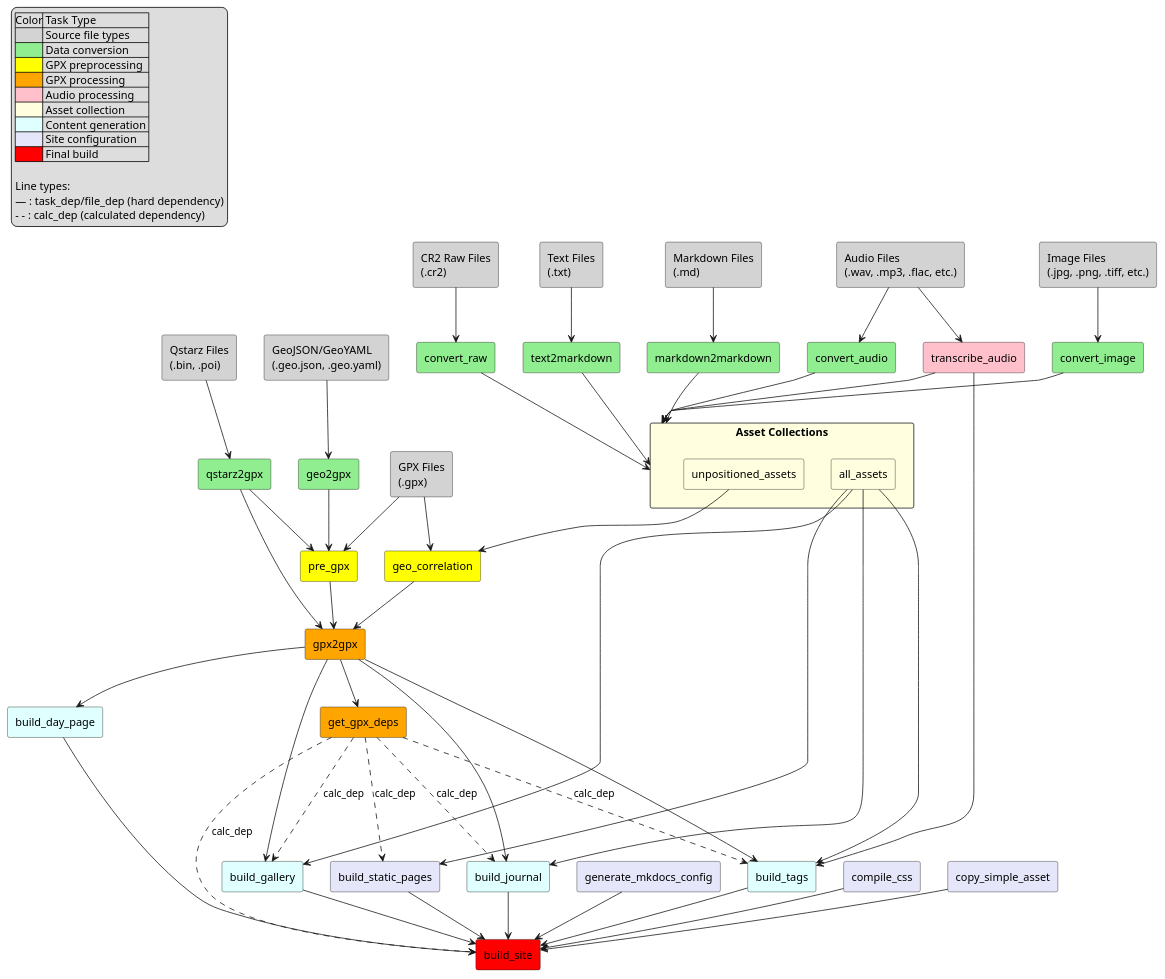
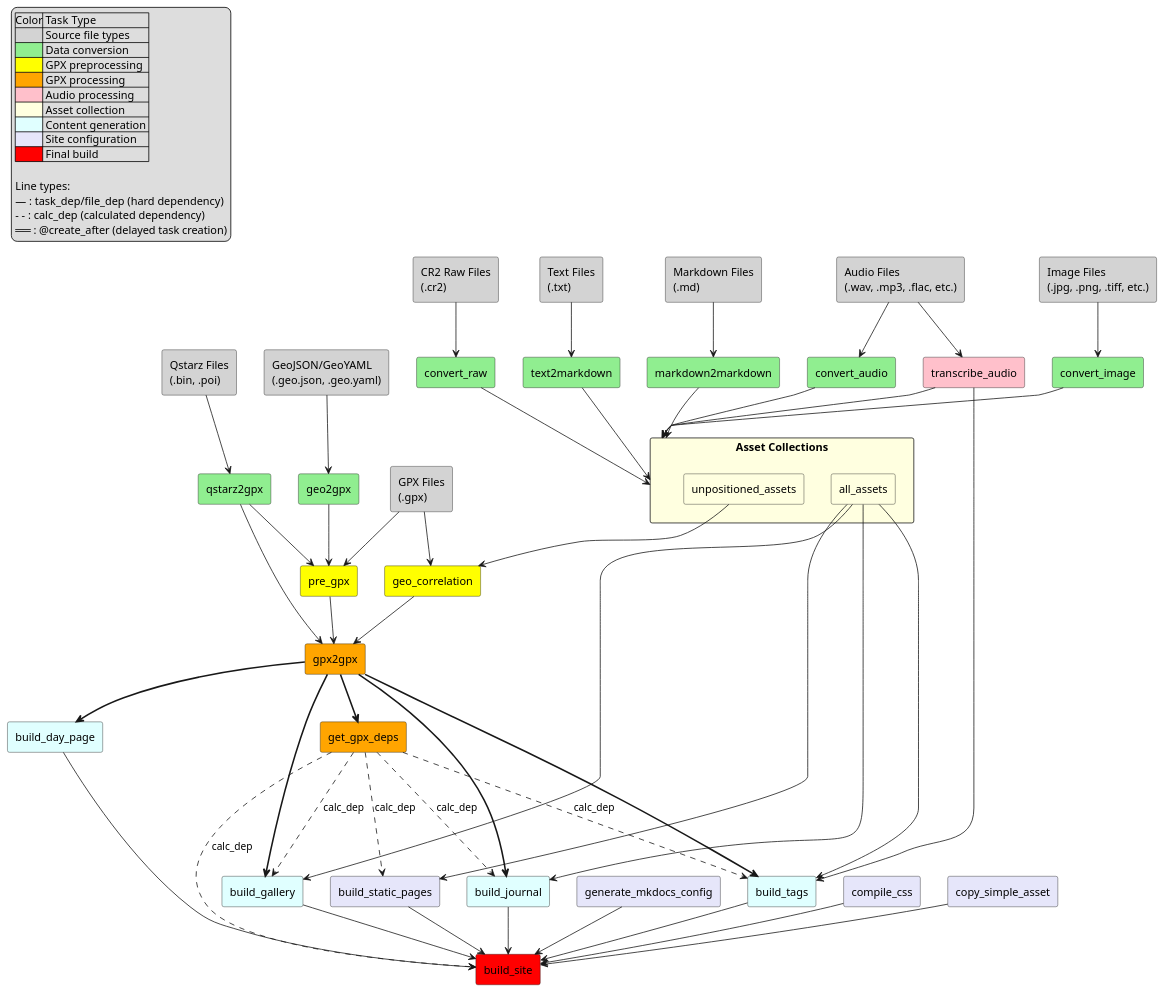
Before and after one commit to bytehexe/mkmapdiary: the diagram in docs/reference/task-dependencies.puml, drawn with PlantUML.

Commit message:
docs: update task dependency instructions
 include @create_after notation

```diff
--- a/docs/reference/task-dependencies.puml
+++ b/docs/reference/task-dependencies.puml
@@ -1,183 +1,186 @@
 @startuml task-dependencies
 
 ' INSTRUCTIONS FOR EDITING THIS DIAGRAM:
 ' 
 ' This PlantUML diagram shows the dependency graph of build tasks in mkmapdiary.
 ' When adding or modifying tasks, follow these guidelines:
 '
 ' 1. TASK NAMING:
 '    - Remove the 'task_' prefix from function names (e.g., task_build_site → build_site)
 '    - Use descriptive rectangle names with appropriate aliases
 '
 ' 2. DEPENDENCY TYPES:
 '    - Use --> for task_dep (hard dependencies) and file_dep (file dependencies)
 '    - Use -.-> for calc_dep (calculated dependencies at runtime)
-'    - Both are blocking dependencies, but calc_dep is computed dynamically
+'    - Use ==> for @create_after dependencies (delayed task creation)
+'    - Both task_dep and file_dep are blocking dependencies, calc_dep is computed dynamically
+'    - @create_after means tasks are created after the source task completes
 '
 ' 3. COLOR CODING:
 '    - #lightgray: Source file types (input files)
 '    - #lightgreen: Data conversion (file format transformations)
 '    - #yellow: GPX preprocessing (preparation steps)
 '    - #orange: GPX processing (main GPS data processing)
 '    - #pink: Audio processing (transcription, conversion)
 '    - #lightyellow: Asset collection (pseudo-nodes for grouping)
 '    - #lightcyan: Content generation (page building)
 '    - #lavender: Site configuration (mkdocs setup, CSS, assets)
 '    - #red: Final build (site generation)
 '
 ' 4. SOURCE FILE TYPES AND PSEUDO-NODES:
 '    - Add source file type nodes to show the complete pipeline from input to output
 '    - Use pseudo-nodes like 'all_assets' to simplify complex many-to-many relationships
 '    - This prevents visual clutter when multiple tasks depend on the same set of outputs
 '
 ' 5. FINDING DEPENDENCIES:
 '    - Check task_dep arrays in task functions
 '    - Look for @create_after decorators
 '    - Check file_dep and calc_dep usage
 '    - Search for db.get_all_assets() usage (indicates file dependencies on all conversion tasks)
 '    - Check handle_* methods to understand which source file types feed into which tasks
 '
 ' 6. VALIDATION:
 '    - Ensure all task_ functions from src/mkmapdiary/tasks/ are represented
 '    - Verify dependency directions match the actual code
 '    - Test the diagram renders correctly with: plantuml task-dependencies.puml
 '
 ' 7. MAINTAINING THESE INSTRUCTIONS:
 '    - When adding new task types or source file types, update the COLOR CODING section
 '    - When changing the diagram structure, update relevant instruction sections
 '    - Keep examples in sync with actual implementation
 '    - Update validation steps if new verification methods are needed
 
 ' Source file types (inputs)
 rectangle "Audio Files\n(.wav, .mp3, .flac, etc.)" as audio_files #lightgray
 rectangle "Image Files\n(.jpg, .png, .tiff, etc.)" as image_files #lightgray
 rectangle "CR2 Raw Files\n(.cr2)" as cr2_files #lightgray
 rectangle "GPX Files\n(.gpx)" as gpx_files #lightgray
 rectangle "GeoJSON/GeoYAML\n(.geo.json, .geo.yaml)" as geo_files #lightgray
 rectangle "Qstarz Files\n(.bin, .poi)" as qstarz_files #lightgray
 rectangle "Text Files\n(.txt)" as text_files #lightgray
 rectangle "Markdown Files\n(.md)" as markdown_files #lightgray
 
 ' Data conversion tasks
 rectangle "geo2gpx" as geo2gpx #lightgreen
 rectangle "qstarz2gpx" as qstarz2gpx #lightgreen
 rectangle "convert_raw" as convert_raw #lightgreen
 rectangle "convert_image" as convert_image #lightgreen
 rectangle "convert_audio" as convert_audio #lightgreen
 rectangle "text2markdown" as text2markdown #lightgreen
 rectangle "markdown2markdown" as markdown2markdown #lightgreen
 
 ' GPX processing tasks
 rectangle "pre_gpx" as pre_gpx #yellow
 rectangle "geo_correlation" as geo_correlation #yellow
 rectangle "gpx2gpx" as gpx2gpx #orange
 rectangle "get_gpx_deps" as get_gpx_deps #orange
 
 ' Content generation tasks
 rectangle "transcribe_audio" as transcribe_audio #pink
 rectangle "build_day_page" as build_day_page #lightcyan
 rectangle "build_gallery" as build_gallery #lightcyan
 rectangle "build_journal" as build_journal #lightcyan
 rectangle "build_tags" as build_tags #lightcyan
 
 ' Asset collection cluster
 rectangle "Asset Collections" as asset_collections #lightyellow {
   rectangle "all_assets" as all_assets #lightyellow
   rectangle "unpositioned_assets" as unpositioned_assets #lightyellow
 }
 
 ' Site building tasks
 rectangle "generate_mkdocs_config" as generate_mkdocs_config #lavender
 rectangle "build_static_pages" as build_static_pages #lavender
 rectangle "compile_css" as compile_css #lavender
 rectangle "copy_simple_asset" as copy_simple_asset #lavender
 rectangle "build_site" as build_site #red
 
 ' Source file to conversion task dependencies
 audio_files --> convert_audio
 audio_files --> transcribe_audio
 image_files --> convert_image
 cr2_files --> convert_raw
 gpx_files --> pre_gpx
 geo_files --> geo2gpx
 qstarz_files --> qstarz2gpx
 text_files --> text2markdown
 markdown_files --> markdown2markdown
 
 ' Dependencies for pre_gpx
 geo2gpx --> pre_gpx
 qstarz2gpx --> pre_gpx
 
 ' Dependencies for geo_correlation
 gpx_files --> geo_correlation
 
 ' Dependencies for gpx2gpx
 pre_gpx --> gpx2gpx
 geo_correlation --> gpx2gpx
 qstarz2gpx --> gpx2gpx
 
 ' Dependencies from gpx2gpx (using @create_after decorator)
-gpx2gpx --> get_gpx_deps
-gpx2gpx --> build_day_page
-gpx2gpx --> build_gallery
-gpx2gpx --> build_journal
-gpx2gpx --> build_tags
+gpx2gpx ==> get_gpx_deps
+gpx2gpx ==> build_day_page
+gpx2gpx ==> build_gallery
+gpx2gpx ==> build_journal
+gpx2gpx ==> build_tags
 
 ' Asset dependencies (file_dep on all assets)
 convert_raw --> asset_collections
 convert_image --> asset_collections
 convert_audio --> asset_collections
 text2markdown --> asset_collections
 markdown2markdown --> asset_collections
 transcribe_audio --> asset_collections
 
 ' Dependencies from asset collections to content generation tasks
 all_assets --> build_gallery
 all_assets --> build_journal
 all_assets --> build_tags
 all_assets --> build_static_pages
 unpositioned_assets --> geo_correlation
 
 ' Dependencies for build_tags
 transcribe_audio --> build_tags
 
 ' Dependencies for build_site
 build_static_pages --> build_site
 generate_mkdocs_config --> build_site
 compile_css --> build_site
 copy_simple_asset --> build_site
 build_day_page --> build_site
 build_gallery --> build_site
 build_journal --> build_site
 build_tags --> build_site
 get_gpx_deps -.-> build_site : calc_dep
 
 ' Dependencies for build_static_pages
 get_gpx_deps -.-> build_static_pages : calc_dep
 
 ' Dependencies for content generation tasks
 get_gpx_deps -.-> build_gallery : calc_dep
 get_gpx_deps -.-> build_journal : calc_dep
 get_gpx_deps -.-> build_tags : calc_dep
 
 ' Legend
 legend top left
   |Color| Task Type |
   |<#lightgray>| Source file types |
   |<#lightgreen>| Data conversion |
   |<#yellow>| GPX preprocessing |
   |<#orange>| GPX processing |
   |<#pink>| Audio processing |
   |<#lightyellow>| Asset collection |
   |<#lightcyan>| Content generation |
   |<#lavender>| Site configuration |
   |<#red>| Final build |
   
   Line types:
   ' Arrows are not rendered correctly here; so use different
   ' dash patterns to simulate the results
   — : task_dep/file_dep (hard dependency)
   - - : calc_dep (calculated dependency)
+  ══ : @create_after (delayed task creation)
 end legend
 
 @enduml
```
